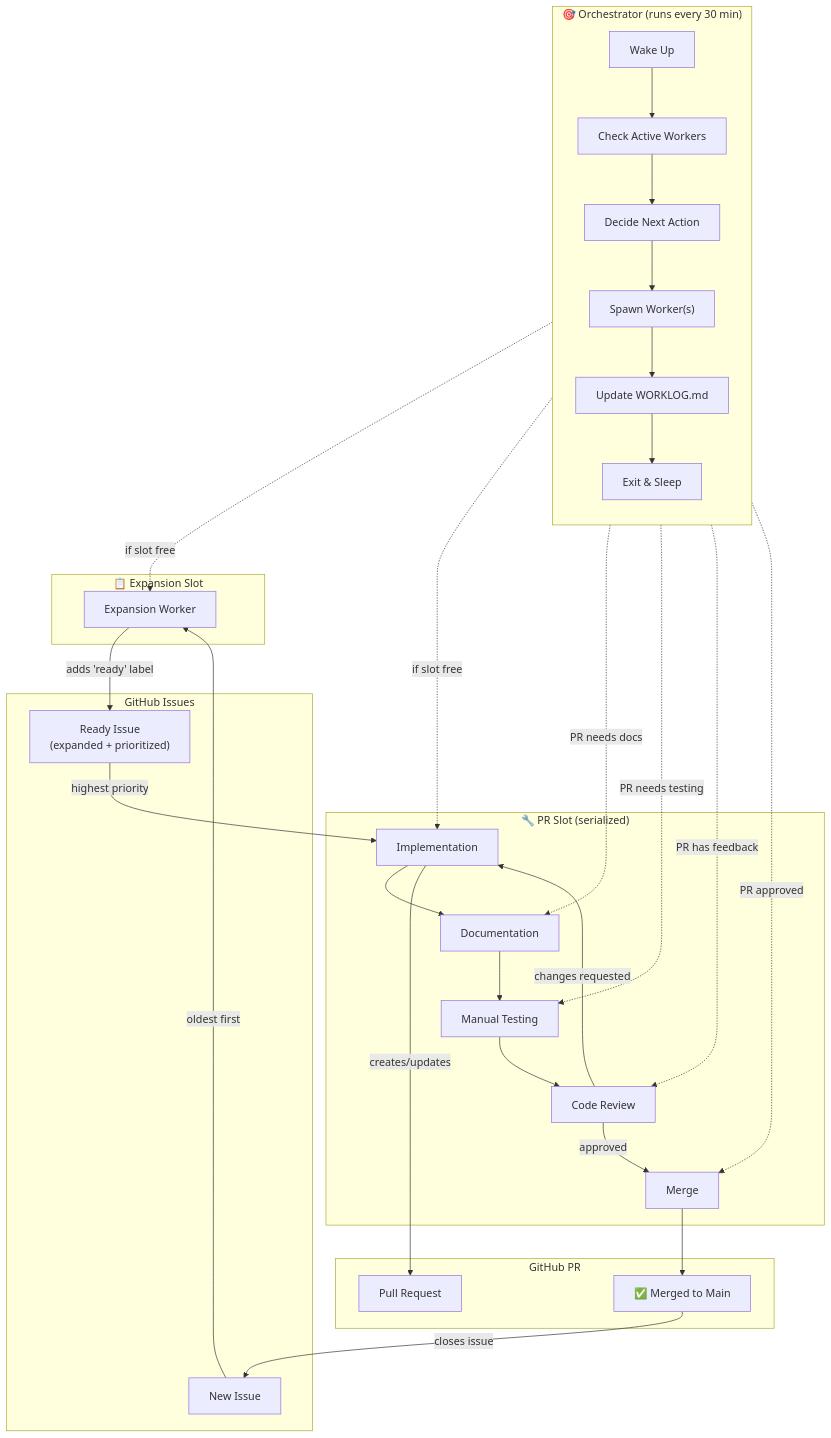
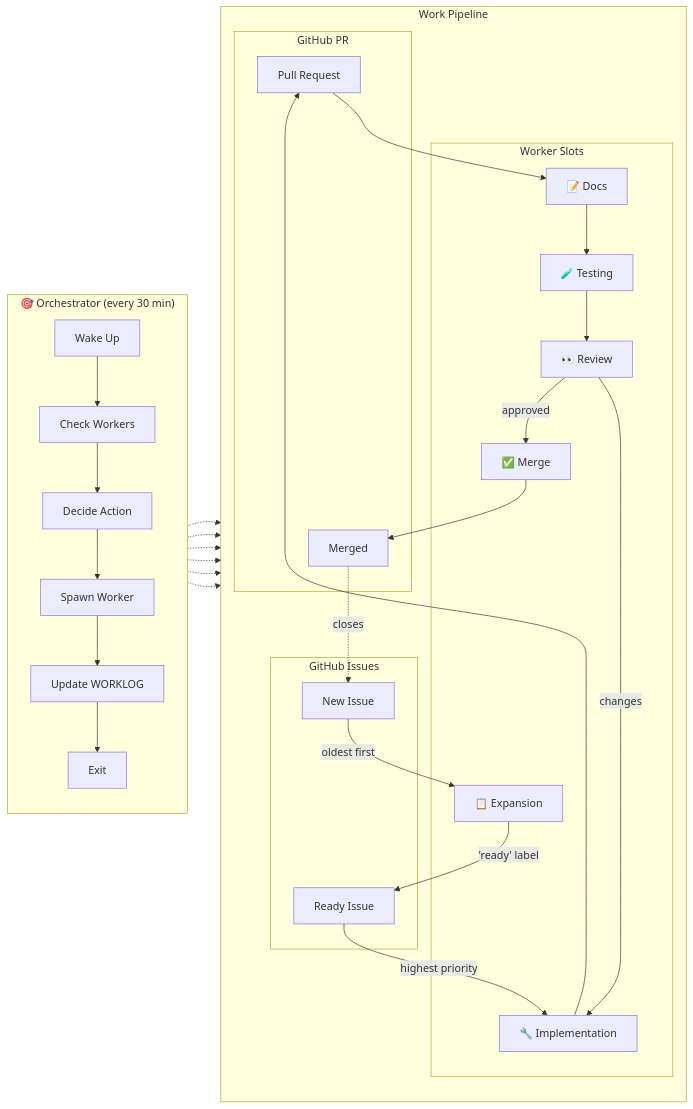
One commit to jpshackelford/.openhands changed the first of 3 diagrams in plugins/ohtv-workflow/README.md. Above: the diagram before and after it, drawn with Mermaid.

Commit message:
fix: move Orchestrator to left side of diagram
Changed to flowchart LR (left-to-right) and reorganized subgraphs
so Orchestrator appears on the left dispatching to the work pipeline.

````diff
--- a/plugins/ohtv-workflow/README.md
+++ b/plugins/ohtv-workflow/README.md
@@ -7,56 +7,55 @@
 ```mermaid
-flowchart TB
-    subgraph Orchestrator["🎯 Orchestrator (runs every 30 min)"]
+flowchart LR
+    subgraph Orchestrator["🎯 Orchestrator (every 30 min)"]
         direction TB
-        wake["Wake Up"]
-        check["Check Active Workers"]
-        decide["Decide Next Action"]
-        spawn["Spawn Worker(s)"]
-        log["Update WORKLOG.md"]
-        sleep["Exit & Sleep"]
-        
-        wake --> check --> decide --> spawn --> log --> sleep
+        wake["Wake Up"] --> check["Check Workers"]
+        check --> decide["Decide Action"]
+        decide --> spawn["Spawn Worker"]
+        spawn --> log["Update WORKLOG"]
+        log --> sleep["Exit"]
     end
 
-    subgraph ExpansionSlot["📋 Expansion Slot"]
-        expand["Expansion Worker"]
+    subgraph Work["Work Pipeline"]
+        direction TB
+        
+        subgraph Issues["GitHub Issues"]
+            new["New Issue"]
+            ready["Ready Issue"]
+        end
+
+        subgraph Slots["Worker Slots"]
+            expand["📋 Expansion"]
+            impl["🔧 Implementation"]
+            docs["📝 Docs"]
+            test["🧪 Testing"]
+            review["👀 Review"]
+            merge["✅ Merge"]
+        end
+
+        subgraph PR["GitHub PR"]
+            pr["Pull Request"]
+            main["Merged"]
+        end
     end
 
-    subgraph PRSlot["🔧 PR Slot (serialized)"]
-        impl["Implementation"]
-        docs["Documentation"]
-        test["Manual Testing"]
-        review["Code Review"]
-        merge["Merge"]
-        
-        impl --> docs --> test --> review
-        review -->|"changes requested"| impl
-        review -->|"approved"| merge
-    end
+    %% Issue flow
+    new -->|"oldest first"| expand
+    expand -->|"'ready' label"| ready
+    ready -->|"highest priority"| impl
+    
+    %% PR flow
+    impl --> pr
+    pr --> docs --> test --> review
+    review -->|"changes"| impl
+    review -->|"approved"| merge
+    merge --> main
+    main -.->|"closes"| new
 
-    subgraph Issues["GitHub Issues"]
-        new["New Issue"]
-        ready["Ready Issue<br/>(expanded + prioritized)"]
-    end
-
-    subgraph PRState["GitHub PR"]
-        pr["Pull Request"]
-        main["✅ Merged to Main"]
-    end
-
-    %% Flow connections
-    new -->|"oldest first"| expand
-    expand -->|"adds 'ready' label"| ready
-    ready -->|"highest priority"| impl
-    impl -->|"creates/updates"| pr
-    merge --> main
-    main -->|"closes issue"| new
-
-    %% Orchestrator dispatches workers
-    decide -.->|"if slot free"| expand
-    decide -.->|"if slot free"| impl
-    decide -.->|"PR needs docs"| docs
-    decide -.->|"PR needs testing"| test
-    decide -.->|"PR has feedback"| review
-    decide -.->|"PR approved"| merge
+    %% Orchestrator dispatches
+    decide -.-> expand
+    decide -.-> impl
+    decide -.-> docs
+    decide -.-> test
+    decide -.-> review
+    decide -.-> merge
 ```
````
